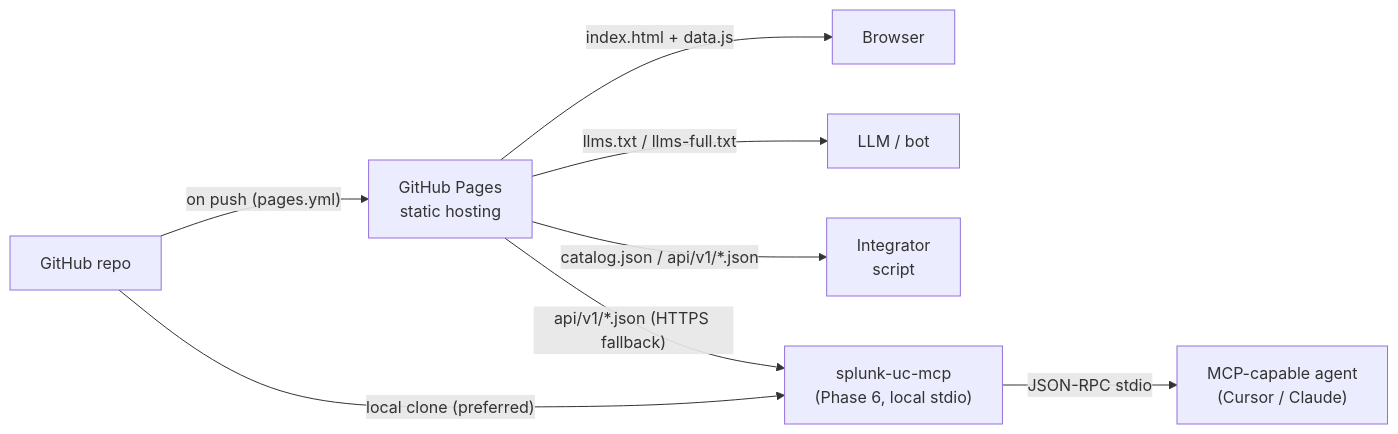
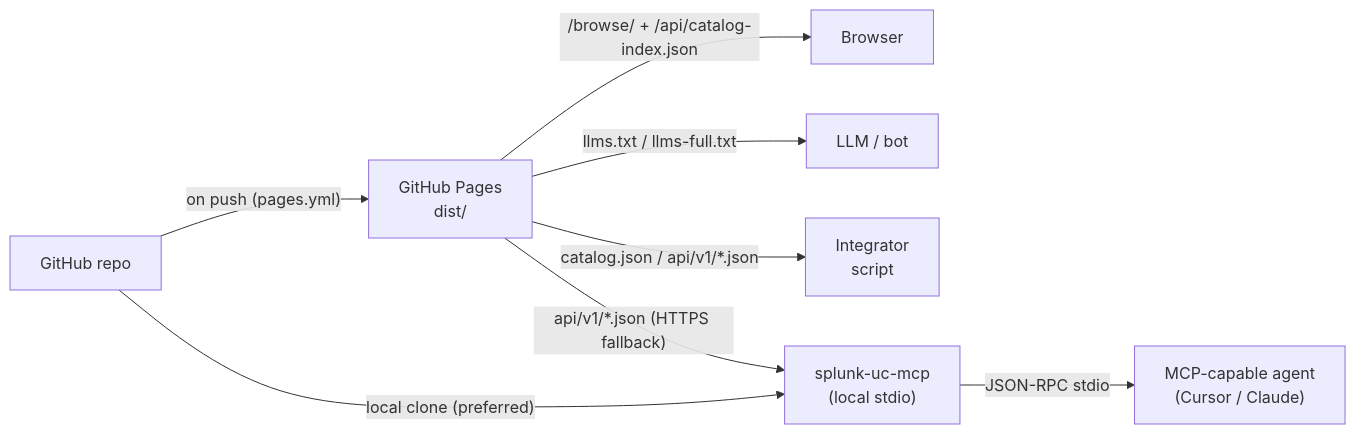
One commit to fenre/splunk-monitoring-use-cases changed the third of 4 diagrams in docs/DESIGN.md. Above: the diagram before and after it, drawn with Mermaid. The commit also changed other lines of this file and 50 other files, not shown here.

````diff
--- a/docs/DESIGN.md
+++ b/docs/DESIGN.md
@@ -343,18 +342,18 @@
 ```mermaid
 flowchart LR
     repo["GitHub repo"]
-    pages["GitHub Pages<br/>static hosting"]
+    pages["GitHub Pages<br/>dist/"]
     browser["Browser"]
     bot["LLM / bot"]
     integrator["Integrator<br/>script"]
-    mcp["splunk-uc-mcp<br/>(Phase 6, local stdio)"]
+    mcp["splunk-uc-mcp<br/>(local stdio)"]
     agent["MCP-capable agent<br/>(Cursor / Claude)"]
 
     repo -- "on push (pages.yml)" --> pages
-    pages -- "index.html + data.js" --> browser
+    pages -- "/browse/ + /api/catalog-index.json" --> browser
     pages -- "llms.txt / llms-full.txt" --> bot
     pages -- "catalog.json / api/v1/*.json" --> integrator
     pages -- "api/v1/*.json (HTTPS fallback)" --> mcp
     repo -- "local clone (preferred)" --> mcp
     mcp -- "JSON-RPC stdio" --> agent
 ```
````
